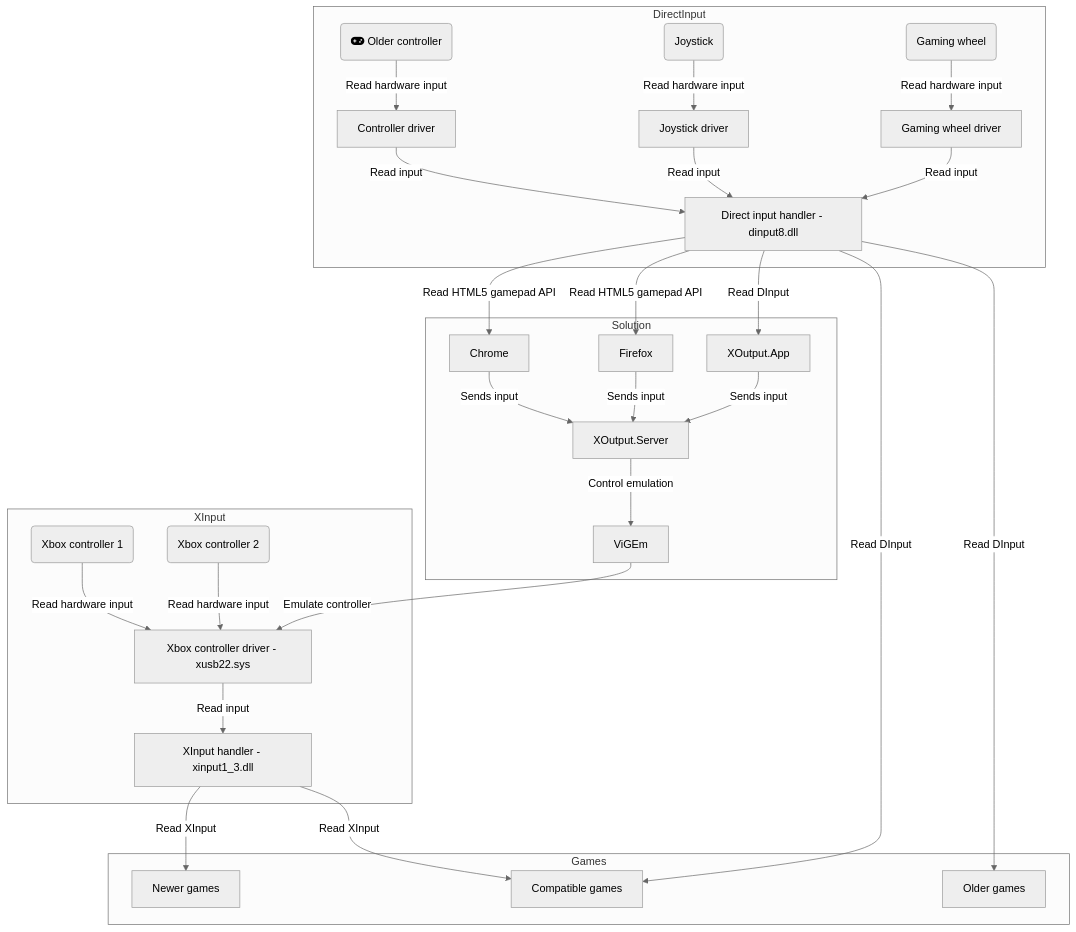
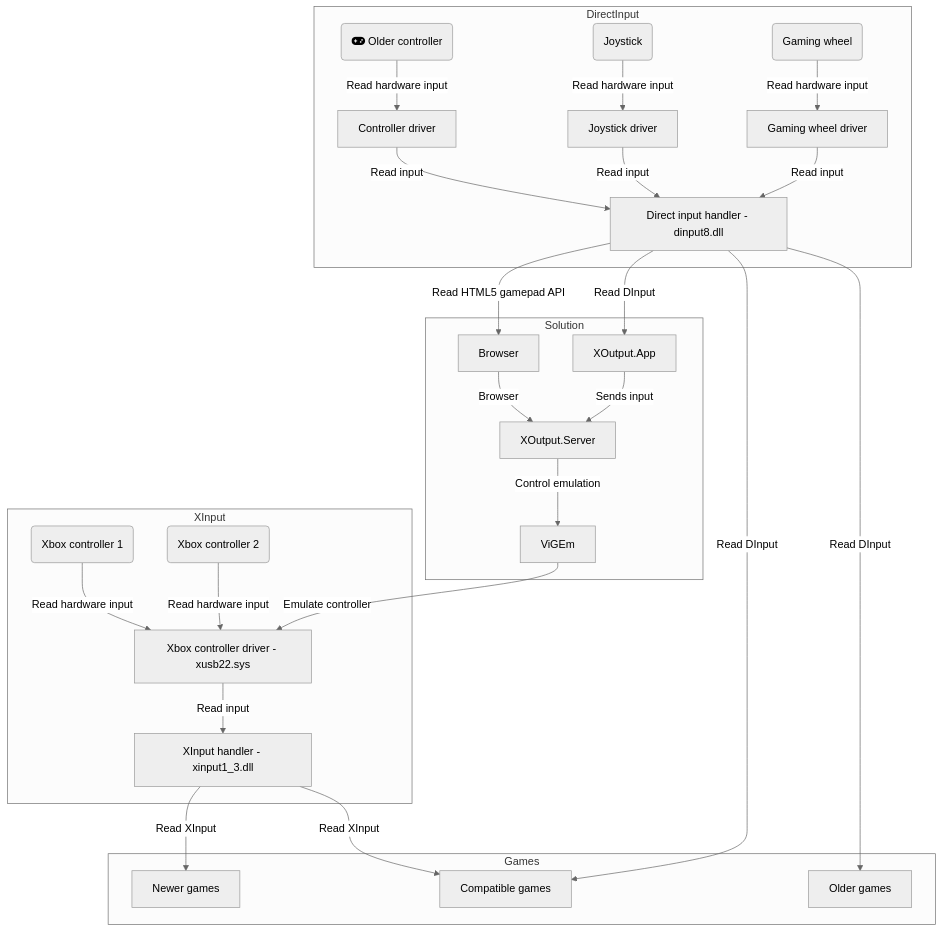
The second of 2 diagrams in README.md (csutorasa/XOutput), drawn with Mermaid (neutral theme) before and after one commit. The commit also changed other lines of this file and 5 other files, not shown here.

````diff
--- a/README.md
+++ b/README.md
@@ -44,32 +131,30 @@
 ```mermaid
 graph TD
     subgraph XInput
         X1(Xbox controller 1) -->|Read hardware input| XD[Xbox controller driver - xusb22.sys]
         X2(Xbox controller 2) -->|Read hardware input| XD
         XD -->|Read input| XR[XInput handler - xinput1_3.dll]
     end
     subgraph DirectInput
         D1(fa:fa-gamepad Older controller) -->|Read hardware input| D1D[Controller driver]
         D2(Joystick) -->|Read hardware input| D2D[Joystick driver]
         D3(Gaming wheel) -->|Read hardware input| D3D[Gaming wheel driver]
         D1D -->|Read input| DR[Direct input handler - dinput8.dll]
         D2D -->|Read input| DR
         D3D -->|Read input| DR
     end
     DR -->|Read DInput| XOA[XOutput.App]
     subgraph Solution
-        DR -->|Read HTML5 gamepad API| BC[Chrome]
-        DR -->|Read HTML5 gamepad API| BF[Firefox]
-        BC -->|Sends input| XOS[XOutput.Server]
-        BF -->|Sends input| XOS[XOutput.Server]
+        DR -->|Read HTML5 gamepad API| B[Browser]
+        B -->|Browser| XOS[XOutput.Server]
         XOA -->|Sends input| XOS[XOutput.Server]
         XOS -->|Control emulation| V[ViGEm]
     end
     V -->|Emulate controller| XD
     subgraph Games
         XR -->|Read XInput| NG[Newer games]
         XR -->|Read XInput| CG[Compatible games]
         DR -->|Read DInput| CG[Compatible games]
         DR -->|Read DInput| OG[Older games]
     end
 ```
````
